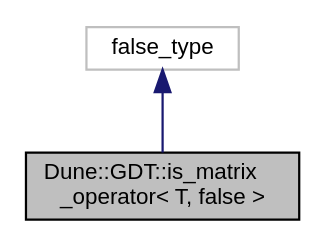
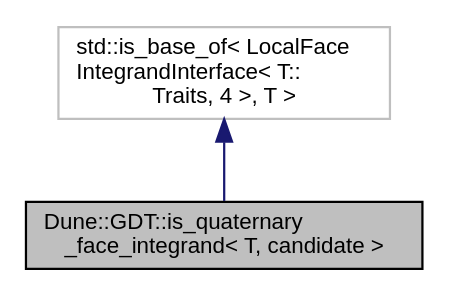
Before and after one commit to dune-community/dune-community.github.io: the diagram in docs/dune-gdt/''/a03235.dot, drawn with Graphviz. The commit also changed 2647 other files, not shown here.

Commit message:
Updated documentation for dune-gdt ''

```diff
--- a/docs/dune-gdt/''/a03235.dot
+++ b/docs/dune-gdt/''/a03235.dot
@@ -1,8 +1,8 @@
-digraph "Dune::GDT::is_matrix_operator&lt; T, false &gt;"
+digraph "Dune::GDT::is_quaternary_face_integrand&lt; T, candidate &gt;"
 {
   edge [fontname="Helvetica",fontsize="10",labelfontname="Helvetica",labelfontsize="10"];
   node [fontname="Helvetica",fontsize="10",shape=record];
-  Node0 [label="Dune::GDT::is_matrix\l_operator\< T, false \>",height=0.2,width=0.4,color="black", fillcolor="grey75", style="filled", fontcolor="black"];
+  Node0 [label="Dune::GDT::is_quaternary\l_face_integrand\< T, candidate \>",height=0.2,width=0.4,color="black", fillcolor="grey75", style="filled", fontcolor="black"];
   Node1 -> Node0 [dir="back",color="midnightblue",fontsize="10",style="solid",fontname="Helvetica"];
-  Node1 [label="false_type",height=0.2,width=0.4,color="grey75", fillcolor="white", style="filled"];
+  Node1 [label="std::is_base_of\< LocalFace\lIntegrandInterface\< T::\lTraits, 4 \>, T \>",height=0.2,width=0.4,color="grey75", fillcolor="white", style="filled"];
 }
```
